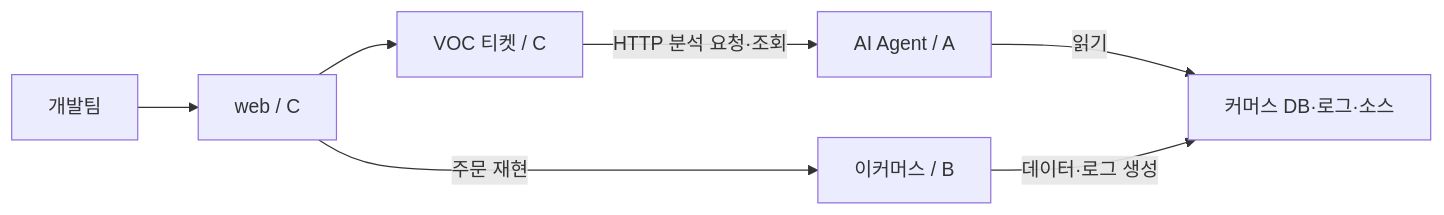
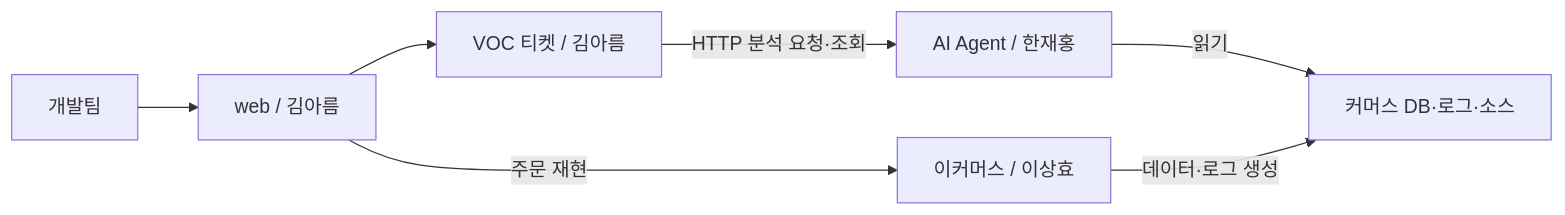
One commit to sanghyo-lab/jdd changed the diagram in docs/collaboration.md. Above: the diagram before and after it, drawn with Mermaid. The commit also changed other lines of this file and 15 other files, not shown here.

````diff
--- a/docs/collaboration.md
+++ b/docs/collaboration.md
@@ -23,9 +23,9 @@
 ```mermaid
 flowchart LR
-    U[개발팀] --> W[web / C]
-    W --> V[VOC 티켓 / C]
-    V -->|HTTP 분석 요청·조회| A[AI Agent / A]
+    U[개발팀] --> W[web / 김아름]
+    W --> V[VOC 티켓 / 김아름]
+    V -->|HTTP 분석 요청·조회| A[AI Agent / 한재홍]
     A -->|읽기| D[커머스 DB·로그·소스]
-    B[이커머스 / B] -->|데이터·로그 생성| D
+    B[이커머스 / 이상효] -->|데이터·로그 생성| D
     W -->|주문 재현| B
 ```
````
